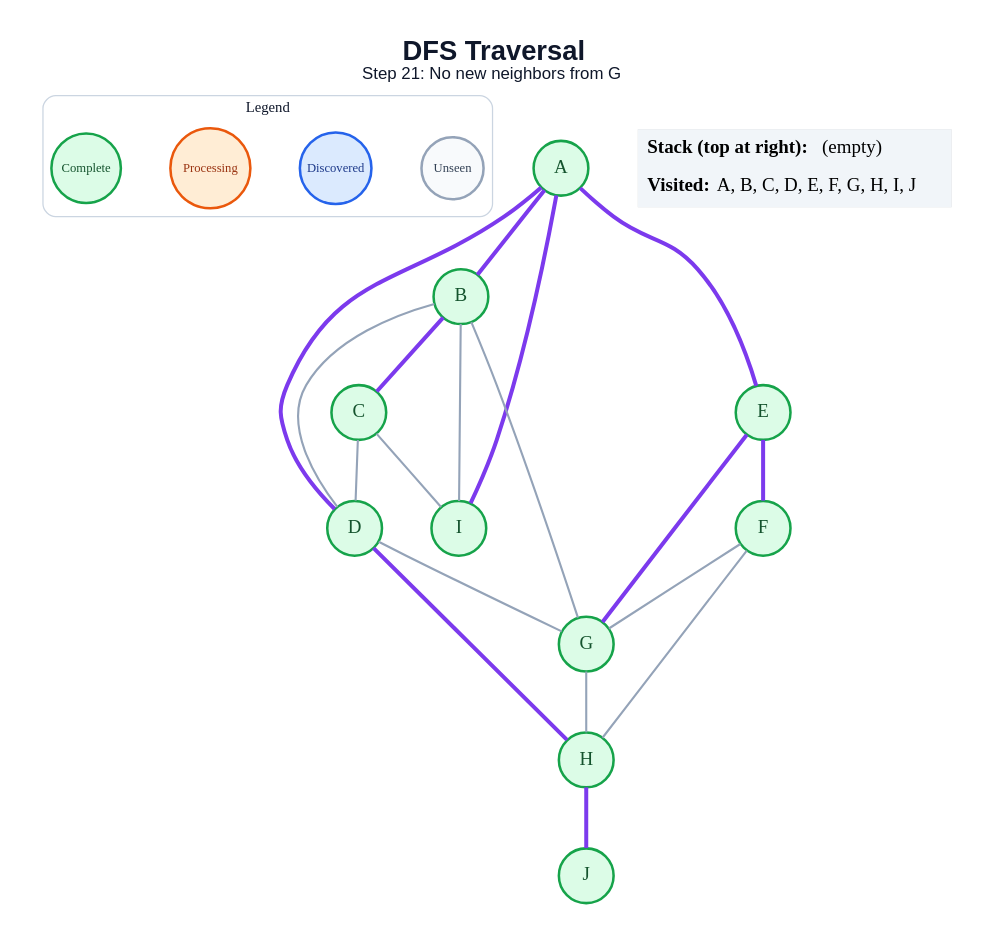
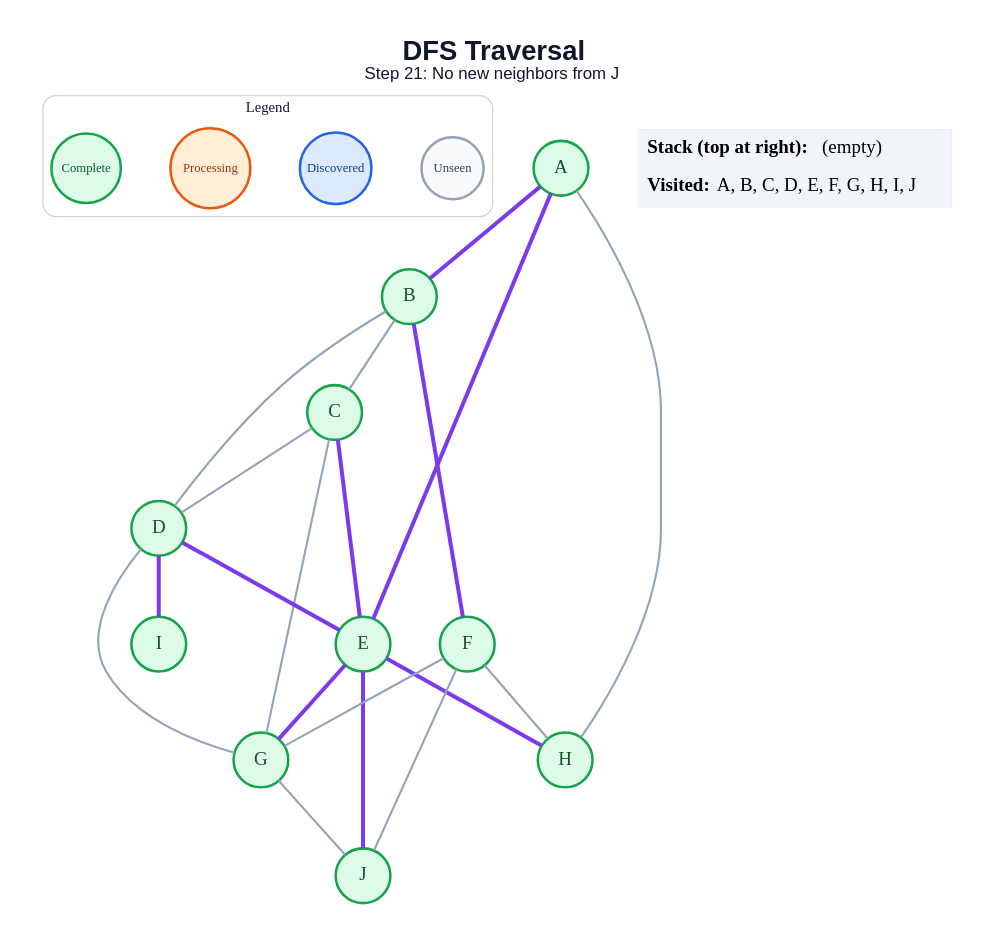
One commit to amanghodawala9/ai-slop changed the diagram in generated/specific-node/dfs/step_21.dot. Above: the diagram before and after it, drawn with Graphviz. The commit also changed 178 other files, not shown here.

```diff
--- a/generated/specific-node/dfs/step_21.dot
+++ b/generated/specific-node/dfs/step_21.dot
@@ -1,47 +1,48 @@
 graph traversal {
   graph [layout=dot, rankdir=TB, bgcolor="#FFFFFF", pad="0.35", nodesep="0.65", ranksep="0.8", fontname="Arial"];
   node [shape=circle, style="filled", fontname="Arial Bold", fontsize=18, width=0.72, fixedsize=true, penwidth=2.4];
   edge [color="#94A3B8", penwidth=2.0];
-  label=<<B>DFS Traversal</B><BR/><FONT POINT-SIZE="16">Step 21: No new neighbors from G</FONT>>; labelloc="t"; fontsize=26; fontname="Arial"; fontcolor="#0F172A";
+  label=<<B>DFS Traversal</B><BR/><FONT POINT-SIZE="16">Step 21: No new neighbors from J</FONT>>; labelloc="t"; fontsize=26; fontname="Arial"; fontcolor="#0F172A";
   subgraph cluster_legend { label="Legend"; color="#CBD5E1"; penwidth=1.2; style="rounded"; fontsize=14; fontname="Arial Bold";
     key_unseen [label="Unseen", fillcolor="#F8FAFC", color="#94A3B8", fontcolor="#334155", fontsize=12, width=0.82];
     key_frontier [label="Discovered", fillcolor="#DBEAFE", color="#2563EB", fontcolor="#1E3A8A", fontsize=12, width=0.95];
     key_current [label="Processing", fillcolor="#FFEDD5", color="#EA580C", fontcolor="#9A3412", fontsize=12, width=1.05];
     key_done [label="Complete", fillcolor="#DCFCE7", color="#16A34A", fontcolor="#14532D", fontsize=12, width=0.92];
     { rank=same; key_unseen; key_frontier; key_current; key_done; }
   }
   A [fillcolor="#DCFCE7", color="#16A34A", fontcolor="#14532D"];
   B [fillcolor="#DCFCE7", color="#16A34A", fontcolor="#14532D"];
   C [fillcolor="#DCFCE7", color="#16A34A", fontcolor="#14532D"];
   D [fillcolor="#DCFCE7", color="#16A34A", fontcolor="#14532D"];
   E [fillcolor="#DCFCE7", color="#16A34A", fontcolor="#14532D"];
   F [fillcolor="#DCFCE7", color="#16A34A", fontcolor="#14532D"];
   G [fillcolor="#DCFCE7", color="#16A34A", fontcolor="#14532D"];
   H [fillcolor="#DCFCE7", color="#16A34A", fontcolor="#14532D"];
   I [fillcolor="#DCFCE7", color="#16A34A", fontcolor="#14532D"];
   J [fillcolor="#DCFCE7", color="#16A34A", fontcolor="#14532D"];
   A -- B [color="#7C3AED", penwidth=3.8];
-  A -- D [color="#7C3AED", penwidth=3.8];
   A -- E [color="#7C3AED", penwidth=3.8];
-  A -- I [color="#7C3AED", penwidth=3.8];
-  B -- C [color="#7C3AED", penwidth=3.8];
+  A -- H;
+  B -- C;
   B -- D;
-  B -- G;
-  B -- I;
+  B -- F [color="#7C3AED", penwidth=3.8];
   C -- D;
-  C -- I;
+  C -- E [color="#7C3AED", penwidth=3.8];
+  C -- G;
+  D -- E [color="#7C3AED", penwidth=3.8];
   D -- G;
-  D -- H [color="#7C3AED", penwidth=3.8];
-  E -- F [color="#7C3AED", penwidth=3.8];
+  D -- I [color="#7C3AED", penwidth=3.8];
   E -- G [color="#7C3AED", penwidth=3.8];
+  E -- H [color="#7C3AED", penwidth=3.8];
+  E -- J [color="#7C3AED", penwidth=3.8];
   F -- G;
   F -- H;
-  G -- H;
-  H -- J [color="#7C3AED", penwidth=3.8];
+  F -- J;
+  G -- J;
   status [shape=plain, fixedsize=false, width=0, height=0, margin=0, label=<
     <TABLE BORDER="0" CELLBORDER="0" CELLPADDING="7" BGCOLOR="#F1F5F9">
       <TR><TD ALIGN="LEFT"><B>Stack (top at right):</B> (empty)</TD></TR>
       <TR><TD ALIGN="LEFT"><B>Visited:</B> A, B, C, D, E, F, G, H, I, J</TD></TR>
     </TABLE>
   >];
 }
```
